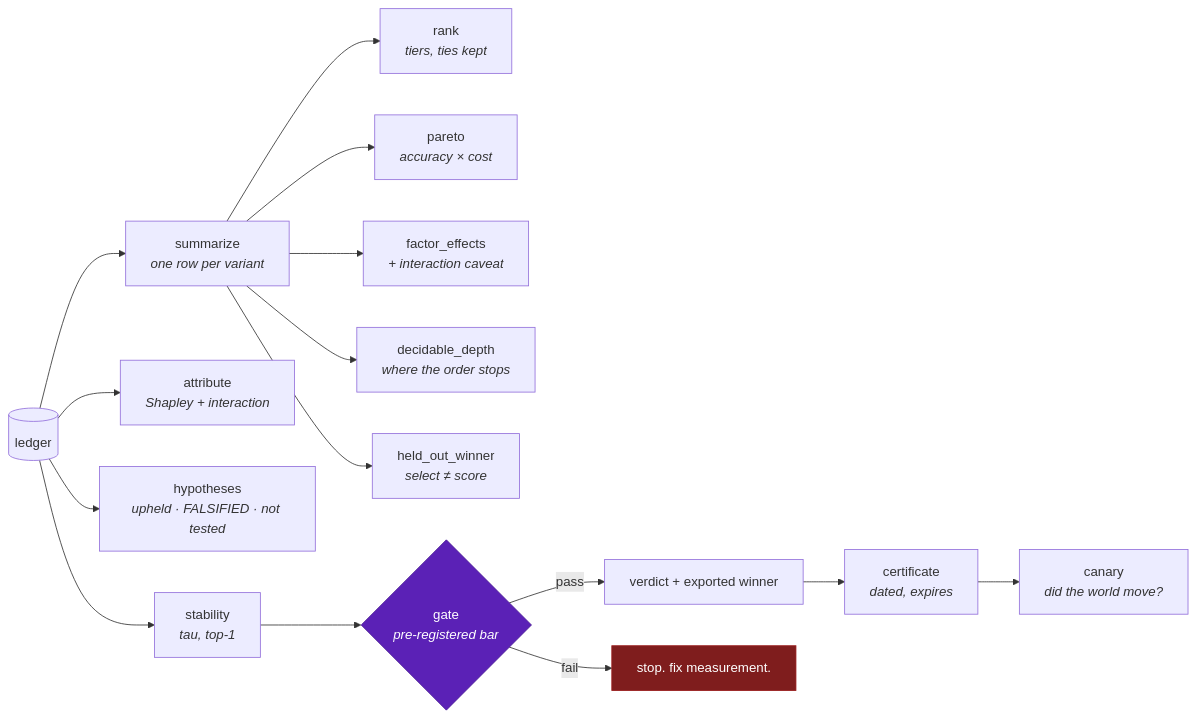
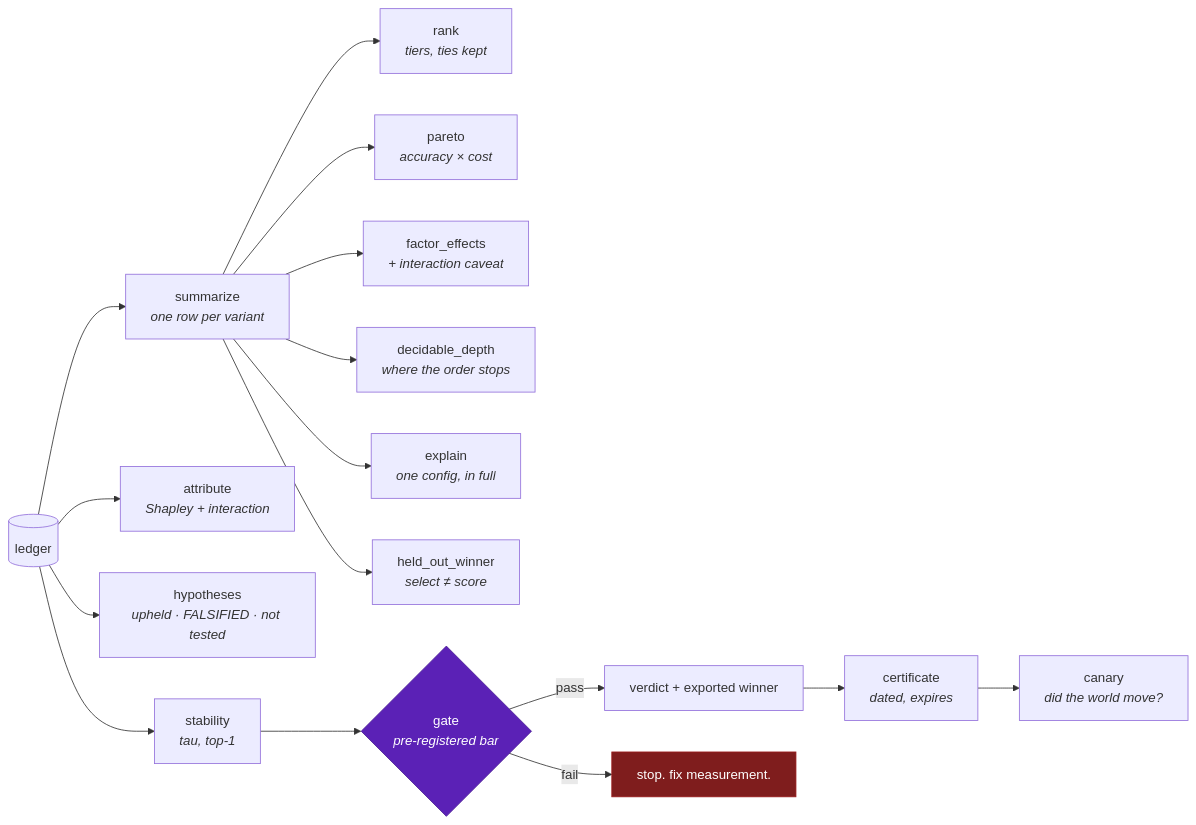
Before and after one commit to Mehul-Gupta-SMH/agent-gauntlet: the fourth of 5 diagrams in docs/architecture/hld.md, drawn with Mermaid. The commit also changed other lines of this file and 6 other files, not shown here.

````diff
--- a/docs/architecture/hld.md
+++ b/docs/architecture/hld.md
@@ -226,19 +226,20 @@
 ```mermaid
 flowchart LR
     L[("ledger")] --> S["summarize<br/><i>one row per variant</i>"]
     S --> R["rank<br/><i>tiers, ties kept</i>"]
     S --> P["pareto<br/><i>accuracy × cost</i>"]
     S --> FX["factor_effects<br/><i>+ interaction caveat</i>"]
     S --> DD["decidable_depth<br/><i>where the order stops</i>"]
+    S --> EX["explain<br/><i>one config, in full</i>"]
     L --> AT["attribute<br/><i>Shapley + interaction</i>"]
     L --> HY["hypotheses<br/><i>upheld · FALSIFIED · not tested</i>"]
     L --> ST["stability<br/><i>tau, top-1</i>"]
     ST --> G{"gate<br/><i>pre-registered bar</i>"}
     S --> HO["held_out_winner<br/><i>select ≠ score</i>"]
     G -->|pass| V["verdict + exported winner"]
     G -->|fail| STOP["stop. fix measurement."]
     V --> C["certificate<br/><i>dated, expires</i>"] --> CN["canary<br/><i>did the world move?</i>"]
 
     style G fill:#5b21b6,stroke:#4c1d95,color:#fff
     style STOP fill:#7f1d1d,stroke:#991b1b,color:#fff
 ```
````
